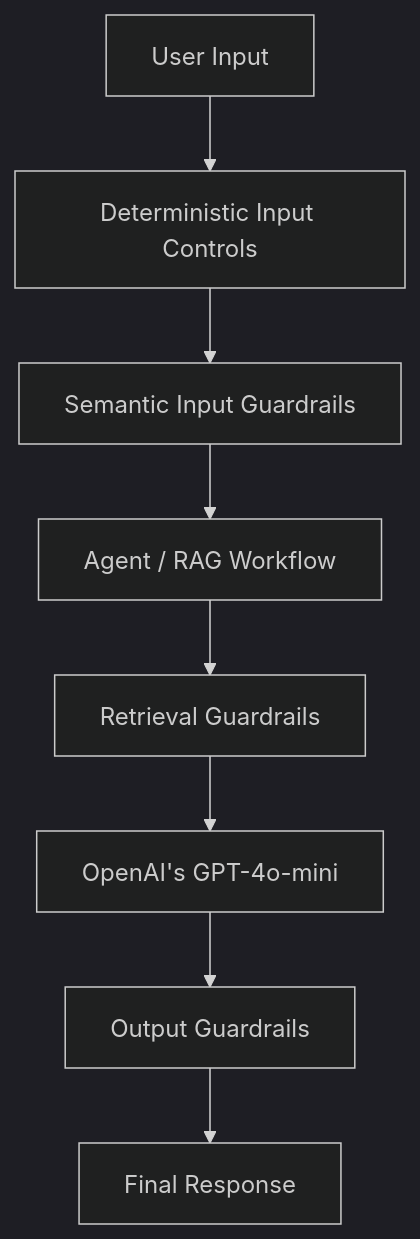
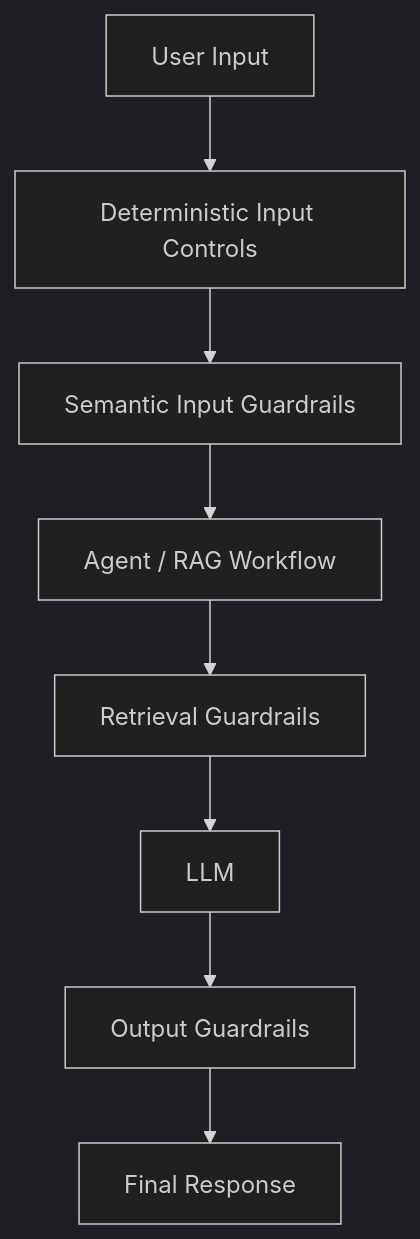
Diagram 19 of 33 in docs/ARCHITECTURE.md (AdithyaGopakumar/Advanced-RAG-Banking), drawn with Mermaid (dark theme) before and after one commit. The commit also changed other lines of this file, not shown here.

Commit message:
Final review of the architecture diagram completed.

````diff
--- a/docs/ARCHITECTURE.md
+++ b/docs/ARCHITECTURE.md
@@ -730,11 +730,11 @@
 ``` mermaid
 flowchart TB
     User["User Input"] --> DInput["Deterministic Input Controls"]
     DInput --> SemanticInput["Semantic Input Guardrails"]
     SemanticInput --> Agent["Agent / RAG Workflow"]
 
     Agent --> RetrievalGuard["Retrieval Guardrails"]
-    RetrievalGuard --> LLM["OpenAI's GPT-4o-mini"]
+    RetrievalGuard --> LLM["LLM"]
     LLM --> OutputGuard["Output Guardrails"]
     OutputGuard --> Final["Final Response"]
 ```
````
